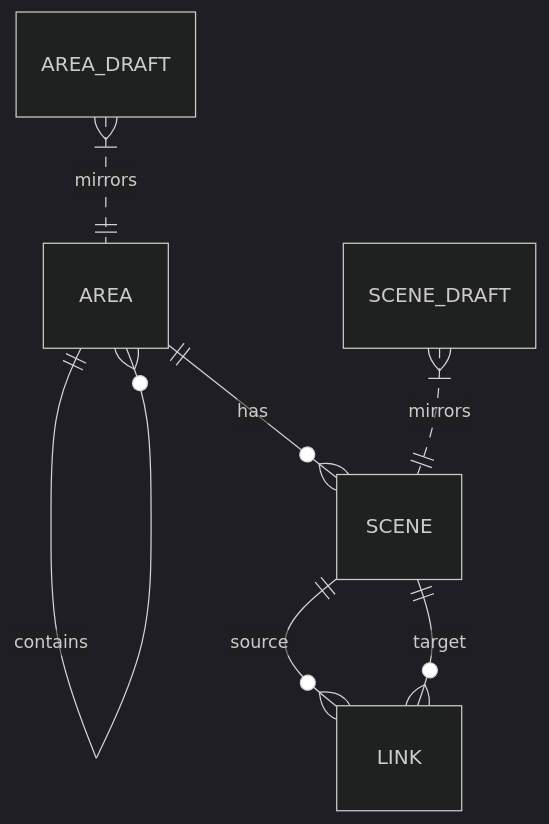
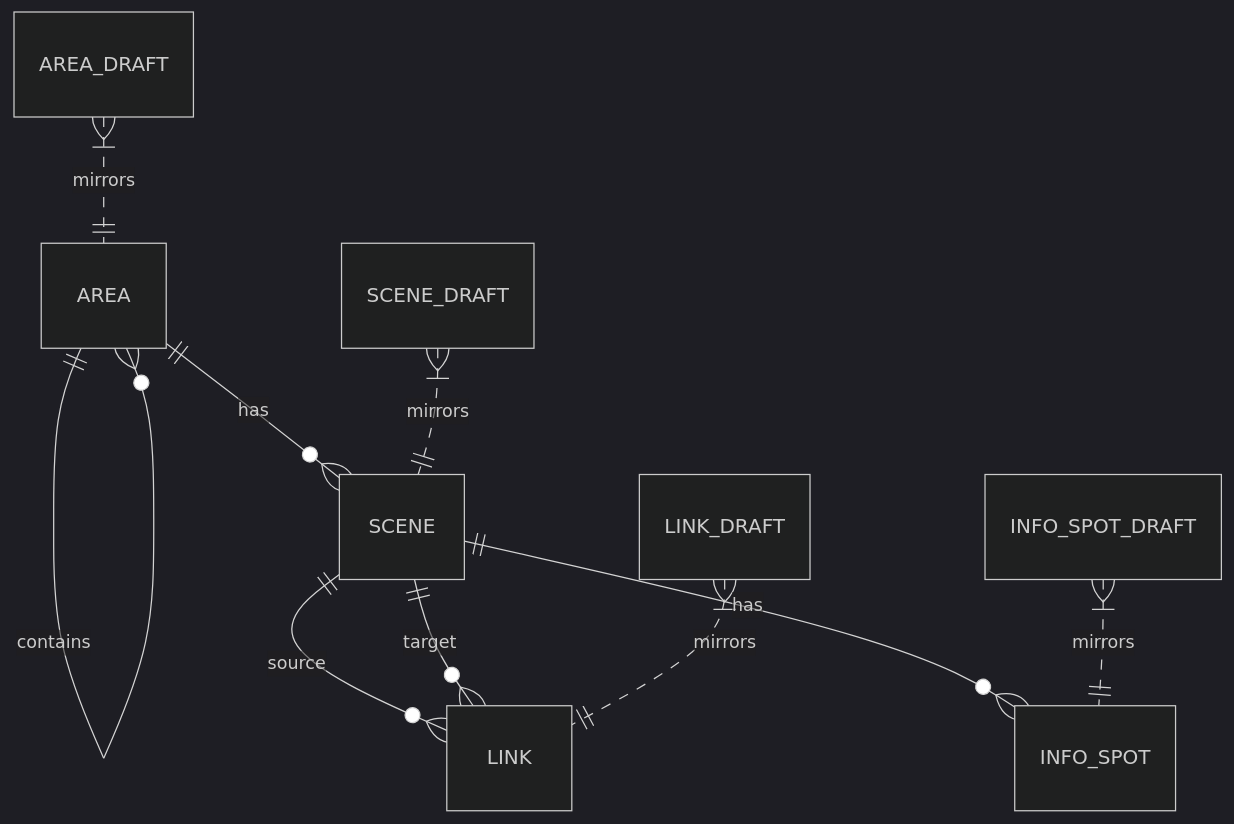
The diagram in docs/database.md (rrfito/Semen_Padang_VR), drawn with Mermaid (dark theme) before and after one commit. The commit also changed other lines of this file and 17 other files, not shown here.

````diff
--- a/docs/database.md
+++ b/docs/database.md
@@ -58,10 +68,13 @@
 ```mermaid
 erDiagram
     AREA ||--o{ AREA : contains
     AREA ||--o{ SCENE : has
     SCENE ||--o{ LINK : source
     SCENE ||--o{ LINK : target
+    SCENE ||--o{ INFO_SPOT : has
 
     AREA_DRAFT }|..|| AREA : mirrors
     SCENE_DRAFT }|..|| SCENE : mirrors
+    LINK_DRAFT }|..|| LINK : mirrors
+    INFO_SPOT_DRAFT }|..|| INFO_SPOT : mirrors
 ```
````
